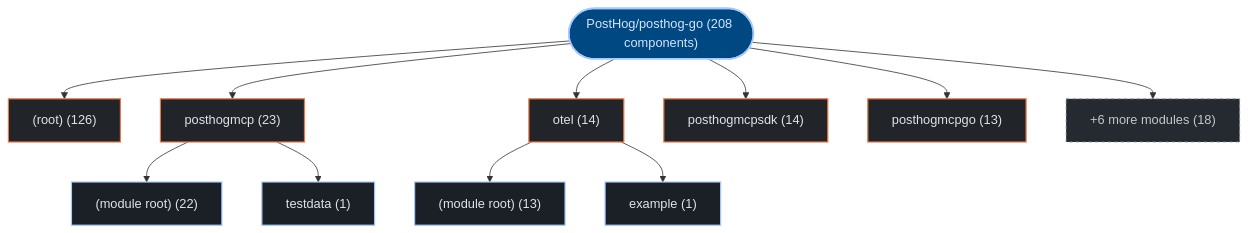
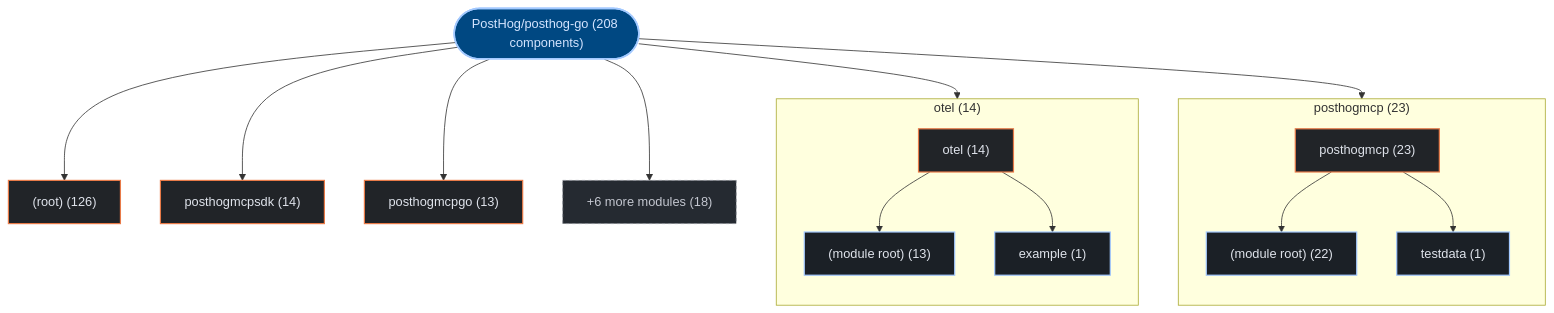
The first of 3 diagrams in exports/latest/reports/PostHog-posthog-go-report.md (kumarshaz/atruss-code-atlas), drawn with Mermaid before and after one commit. The commit also changed 178 other files, not shown here.

Commit message:
feat(ui,mermaid): upgrade to mermaid v12 + ELK layout, add orgs-summary + pagination, subgraph building blocks, fix tab alignment

````diff
--- a/exports/latest/reports/PostHog-posthog-go-report.md
+++ b/exports/latest/reports/PostHog-posthog-go-report.md
@@ -42,31 +42,37 @@
 ```mermaid
 graph TD;
   classDef atlasRoot fill:#004882,stroke:#a3c9ff,stroke-width:2px,color:#d3e4ff
   classDef atlasCategory fill:#212428,stroke:#E87A48,stroke-width:1.5px,color:#dfe3eb
   classDef atlasWorkflow fill:#1b2026,stroke:#a3c9ff,stroke-width:1.5px,color:#dfe3eb
   classDef atlasJob fill:#171c22,stroke:#8d9199,stroke-width:1px,color:#dfe3eb
   classDef atlasTarget fill:#005227,stroke:#8bd99b,stroke-width:1.5px,color:#a7f6b6
   classDef atlasAlert fill:#93000a,stroke:#ffb4ab,stroke-width:1.5px,color:#ffdad6
   classDef atlasMore fill:#252a31,stroke:#8d9199,stroke-dasharray:4 4,color:#c3c6cf
     repo_root(["PostHog/posthog-go (208 components)"]):::atlasRoot
     dir_0__root_["(root) (126)"]:::atlasCategory
     repo_root --> dir_0__root_
-    dir_1_posthogmcp["posthogmcp (23)"]:::atlasCategory
+    subgraph sg_dir_1_posthogmcp["posthogmcp (23)"]
+      direction TB
+      dir_1_posthogmcp["posthogmcp (23)"]:::atlasCategory
+      sub_1_0__module_root_["(module root) (22)"]:::atlasWorkflow
+      dir_1_posthogmcp --> sub_1_0__module_root_
+      sub_1_1_testdata["testdata (1)"]:::atlasWorkflow
+      dir_1_posthogmcp --> sub_1_1_testdata
+    end
     repo_root --> dir_1_posthogmcp
-    sub_1_0__module_root_["(module root) (22)"]:::atlasWorkflow
-    dir_1_posthogmcp --> sub_1_0__module_root_
-    sub_1_1_testdata["testdata (1)"]:::atlasWorkflow
-    dir_1_posthogmcp --> sub_1_1_testdata
-    dir_2_otel["otel (14)"]:::atlasCategory
+    subgraph sg_dir_2_otel["otel (14)"]
+      direction TB
+      dir_2_otel["otel (14)"]:::atlasCategory
+      sub_2_0__module_root_["(module root) (13)"]:::atlasWorkflow
+      dir_2_otel --> sub_2_0__module_root_
+      sub_2_1_example["example (1)"]:::atlasWorkflow
+      dir_2_otel --> sub_2_1_example
+    end
     repo_root --> dir_2_otel
-    sub_2_0__module_root_["(module root) (13)"]:::atlasWorkflow
-    dir_2_otel --> sub_2_0__module_root_
-    sub_2_1_example["example (1)"]:::atlasWorkflow
-    dir_2_otel --> sub_2_1_example
     dir_3_posthogmcpsdk["posthogmcpsdk (14)"]:::atlasCategory
     repo_root --> dir_3_posthogmcpsdk
     dir_4_posthogmcpgo["posthogmcpgo (13)"]:::atlasCategory
     repo_root --> dir_4_posthogmcpgo
     dir_other_modules["+6 more modules (18)"]:::atlasMore
     repo_root --> dir_other_modules
 ```
````
